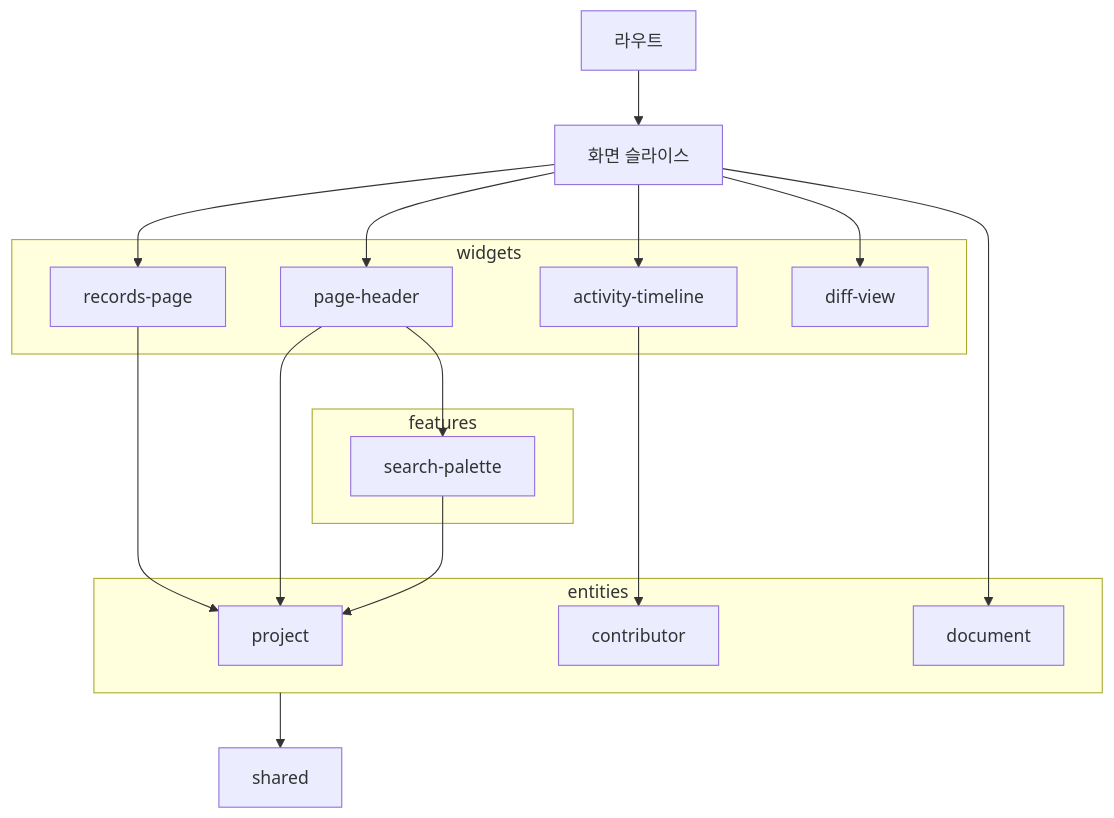
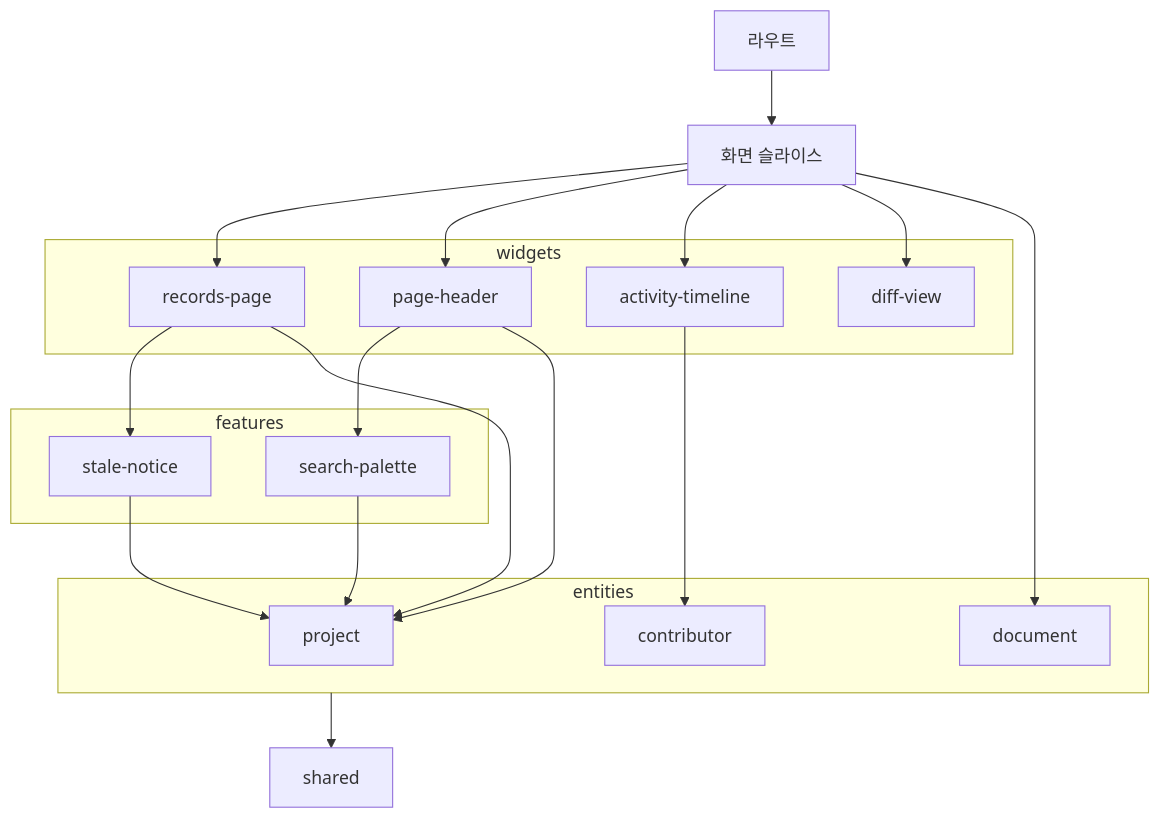
One commit to dev-goraebap/gitifact changed the first of 2 diagrams in .gitifact/instructions/browser-architecture/index.md. Above: the diagram before and after it, drawn with Mermaid. The commit also changed other lines of this file and 109 other files, not shown here.

````diff
--- a/.gitifact/instructions/browser-architecture/index.md
+++ b/.gitifact/instructions/browser-architecture/index.md
@@ -29,24 +29,26 @@
 ```mermaid
 flowchart TD
   R["라우트"] --> P["화면 슬라이스"]
   subgraph W["widgets"]
     RP["records-page"]
     PH["page-header"]
     AT["activity-timeline"]
     DV["diff-view"]
   end
   P --> RP & PH & AT & DV
   subgraph F["features"]
     SP["search-palette"]
+    SN["stale-notice"]
   end
   PH --> SP
+  RP --> SN
   subgraph E["entities"]
     EP["project"]
     EC["contributor"]
     ED["document"]
   end
-  RP & PH & SP --> EP
+  RP & PH & SP & SN --> EP
   AT --> EC
   P --> ED
   E --> S["shared"]
 ```
````
